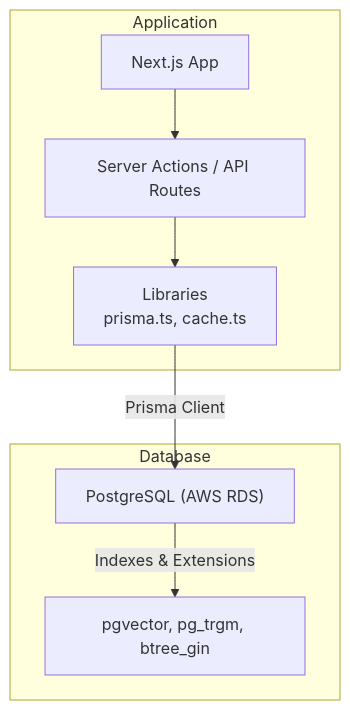
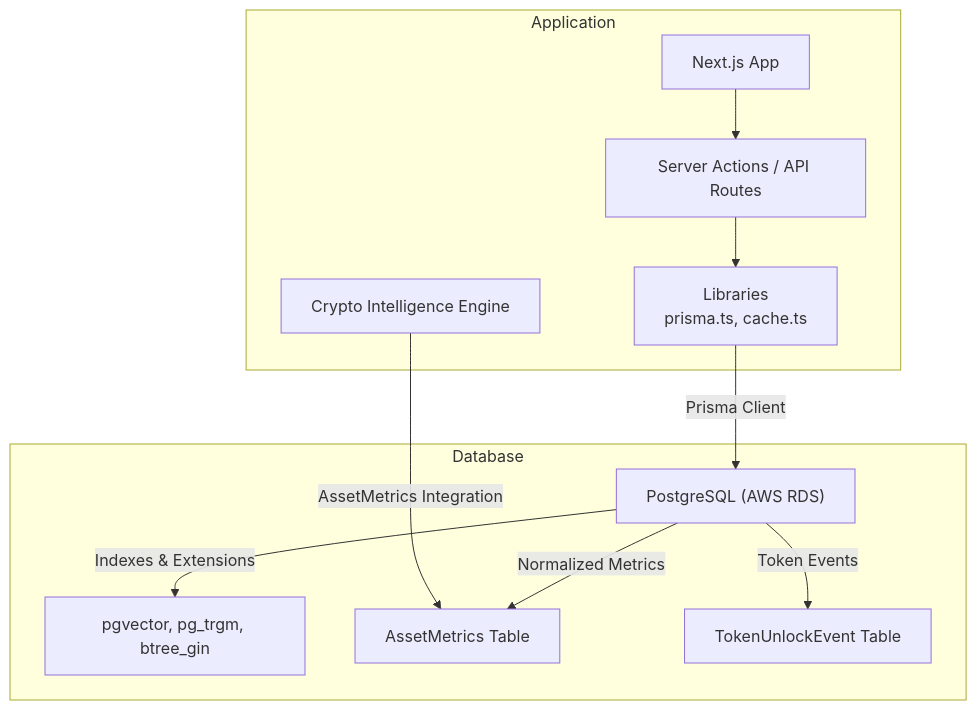
One commit to ecryptoguru/lyraalpha changed the first of 9 diagrams in .qoder/repowiki/en/content/Architecture & Design/Database Design.md. Above: the diagram before and after it, drawn with Mermaid. The commit also changed other lines of this file and 95 other files, not shown here.

````diff
--- a/.qoder/repowiki/en/content/Architecture & Design/Database Design.md
+++ b/.qoder/repowiki/en/content/Architecture & Design/Database Design.md
@@ -42,16 +57,22 @@
 ```mermaid
 graph TB
 subgraph "Application"
 A["Next.js App"]
 B["Server Actions / API Routes"]
 C["Libraries<br/>prisma.ts, cache.ts"]
+D["Crypto Intelligence Engine"]
 end
 subgraph "Database"
-D["PostgreSQL (AWS RDS)"]
-E["pgvector, pg_trgm, btree_gin"]
+E["PostgreSQL (AWS RDS)"]
+F["pgvector, pg_trgm, btree_gin"]
+G["AssetMetrics Table"]
+H["TokenUnlockEvent Table"]
 end
 A --> B
 B --> C
-C --> |"Prisma Client"| D
-D --> |"Indexes & Extensions"| E
+C --> |"Prisma Client"| E
+D --> |"AssetMetrics Integration"| G
+E --> |"Indexes & Extensions"| F
+E --> |"Normalized Metrics"| G
+E --> |"Token Events"| H
 ```
````
